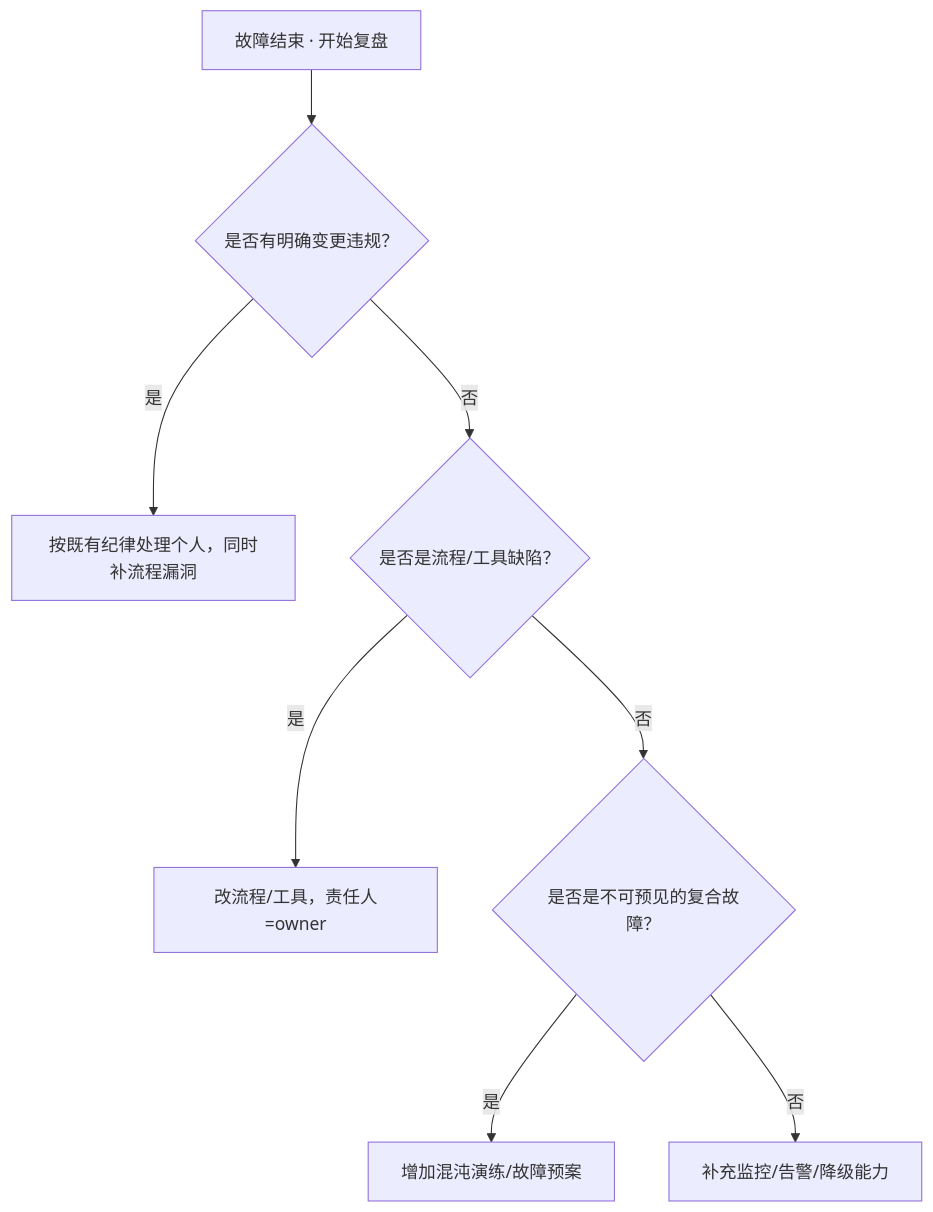
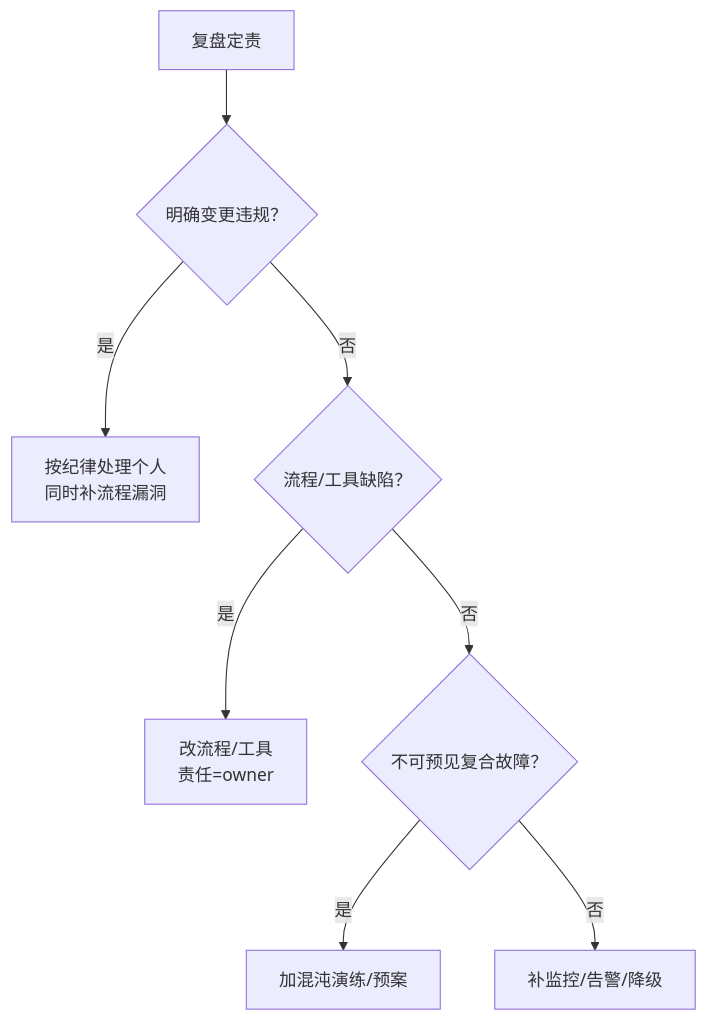
One commit to ml-cuizijun/LearnToLilith changed the fourth of 4 diagrams in 09-可观测性与SRE方法论/07-故障管理与复盘/知识点.md. Above: the diagram before and after it, drawn with Mermaid. The commit also changed other lines of this file and 178 other files, not shown here.

````diff
--- a/09-可观测性与SRE方法论/07-故障管理与复盘/知识点.md
+++ b/09-可观测性与SRE方法论/07-故障管理与复盘/知识点.md
@@ -492,10 +386,10 @@
 ```mermaid
 flowchart TB
-    A["故障结束 · 开始复盘"] --> B{"是否有明确变更违规？"}
-    B -->|是| C["按既有纪律处理个人，同时补流程漏洞"]
-    B -->|否| D{"是否是流程/工具缺陷？"}
-    D -->|是| E["改流程/工具，责任人=owner"]
-    D -->|否| F{"是否是不可预见的复合故障？"}
-    F -->|是| G["增加混沌演练/故障预案"]
-    F -->|否| H["补充监控/告警/降级能力"]
+    A["复盘定责"] --> B{"明确变更违规？"}
+    B -->|是| C["按纪律处理个人<br/>同时补流程漏洞"]
+    B -->|否| D{"流程/工具缺陷？"}
+    D -->|是| E["改流程/工具<br/>责任=owner"]
+    D -->|否| F{"不可预见复合故障？"}
+    F -->|是| G["加混沌演练/预案"]
+    F -->|否| H["补监控/告警/降级"]
 ```
````
